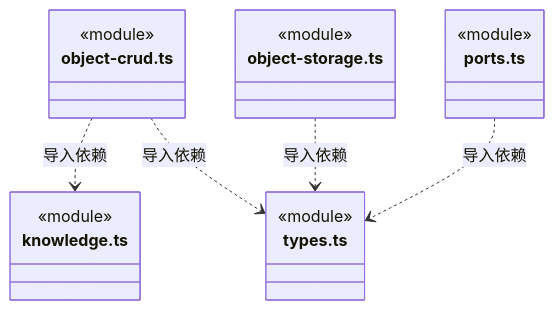
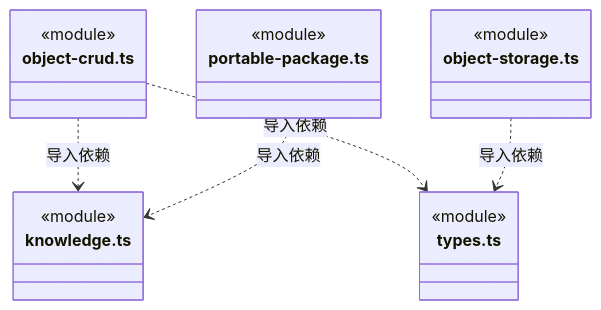
Before and after one commit to nan023062/cbim: diagram 17 of 18 in src/backend/core/knowledge/ARCHITECTURE.md, drawn with Mermaid. The commit also changed other lines of this file and 240 other files, not shown here.

````diff
--- a/src/backend/core/knowledge/ARCHITECTURE.md
+++ b/src/backend/core/knowledge/ARCHITECTURE.md
@@ -318,22 +445,22 @@
 ```mermaid
 classDiagram
 class N_src_backend_core_knowledge_object_crud_ts["object-crud.ts"] {
   <<module>>
 }
 class N_src_backend_core_knowledge_knowledge_ts["knowledge.ts"] {
   <<module>>
 }
 class N_src_backend_core_knowledge_types_ts["types.ts"] {
   <<module>>
 }
 class N_src_backend_core_knowledge_object_storage_ts["object-storage.ts"] {
   <<module>>
 }
-class N_src_backend_core_knowledge_ports_ts["ports.ts"] {
+class N_src_backend_core_knowledge_portable_package_ts["portable-package.ts"] {
   <<module>>
 }
 N_src_backend_core_knowledge_object_crud_ts ..> N_src_backend_core_knowledge_knowledge_ts : 导入依赖
 N_src_backend_core_knowledge_object_crud_ts ..> N_src_backend_core_knowledge_types_ts : 导入依赖
 N_src_backend_core_knowledge_object_storage_ts ..> N_src_backend_core_knowledge_types_ts : 导入依赖
-N_src_backend_core_knowledge_ports_ts ..> N_src_backend_core_knowledge_types_ts : 导入依赖
+N_src_backend_core_knowledge_portable_package_ts ..> N_src_backend_core_knowledge_knowledge_ts : 导入依赖
 ```
````
